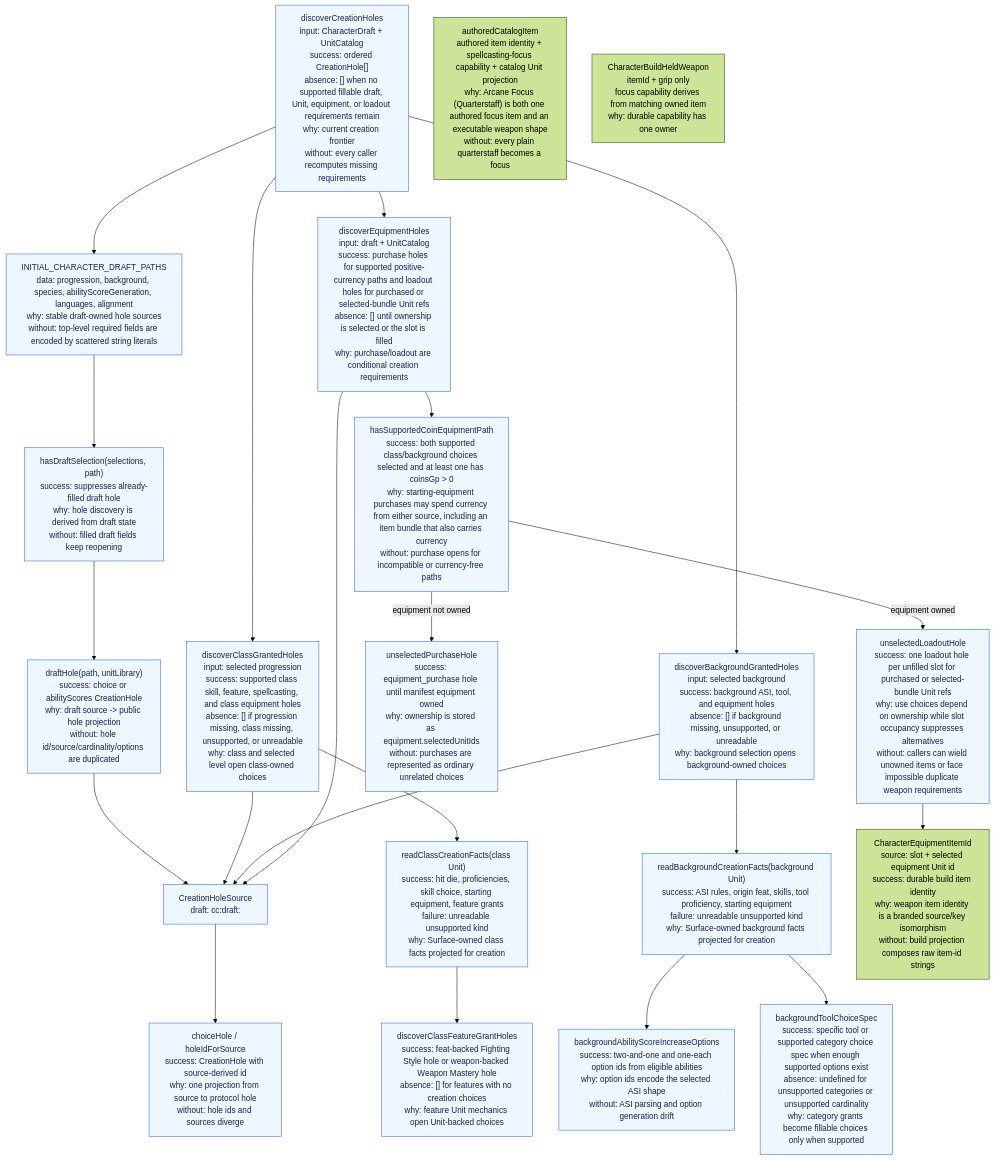
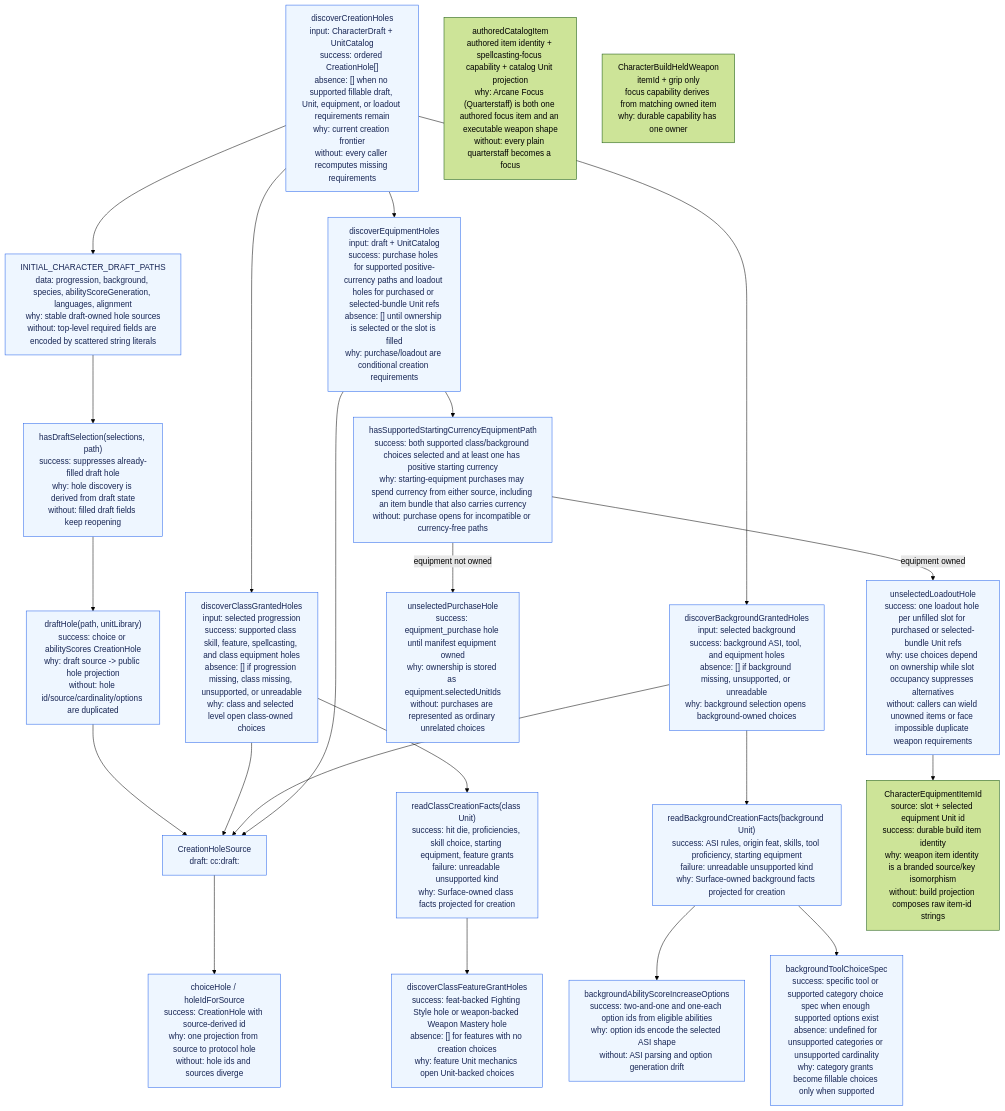
The second of 3 diagrams in packages/character-creation-runtime/ARCHITECTURE_GRAPH.md (dearlordylord/5e-quint), drawn with Mermaid (forest theme) before and after one commit. The commit also changed other lines of this file and 12 other files, not shown here.

Commit message:
fix(character-creation): bridge starting currency to rule core

````diff
--- a/packages/character-creation-runtime/ARCHITECTURE_GRAPH.md
+++ b/packages/character-creation-runtime/ARCHITECTURE_GRAPH.md
@@ -83,45 +85,45 @@
 ```mermaid
 flowchart TD
   Discover["discoverCreationHoles<br/>input: CharacterDraft + UnitCatalog<br/>success: ordered CreationHole[]<br/>absence: [] when no supported fillable draft, Unit, equipment, or loadout requirements remain<br/>why: current creation frontier<br/>without: every caller recomputes missing requirements"]
   DraftPaths["INITIAL_CHARACTER_DRAFT_PATHS<br/>data: progression, background, species, abilityScoreGeneration, languages, alignment<br/>why: stable draft-owned hole sources<br/>without: top-level required fields are encoded by scattered string literals"]
   DraftHole["draftHole(path, unitLibrary)<br/>success: choice or abilityScores CreationHole<br/>why: draft source -> public hole projection<br/>without: hole id/source/cardinality/options are duplicated"]
   HasDraftSelection["hasDraftSelection(selections, path)<br/>success: suppresses already-filled draft hole<br/>why: hole discovery is derived from draft state<br/>without: filled draft fields keep reopening"]
 
   ClassGranted["discoverClassGrantedHoles<br/>input: selected progression<br/>success: supported class skill, feature, spellcasting, and class equipment holes<br/>absence: [] if progression missing, class missing, unsupported, or unreadable<br/>why: class and selected level open class-owned choices"]
   ReadClass["readClassCreationFacts(class Unit)<br/>success: hit die, proficiencies, skill choice, starting equipment, feature grants<br/>failure: unreadable unsupported kind<br/>why: Surface-owned class facts projected for creation"]
   FeatureHole["discoverClassFeatureGrantHoles<br/>success: feat-backed Fighting Style hole or weapon-backed Weapon Mastery hole<br/>absence: [] for features with no creation choices<br/>why: feature Unit mechanics open Unit-backed choices"]
 
   BackgroundGranted["discoverBackgroundGrantedHoles<br/>input: selected background<br/>success: background ASI, tool, and equipment holes<br/>absence: [] if background missing, unsupported, or unreadable<br/>why: background selection opens background-owned choices"]
   ReadBackground["readBackgroundCreationFacts(background Unit)<br/>success: ASI rules, origin feat, skills, tool proficiency, starting equipment<br/>failure: unreadable unsupported kind<br/>why: Surface-owned background facts projected for creation"]
   BackgroundAsi["backgroundAbilityScoreIncreaseOptions<br/>success: two-and-one and one-each option ids from eligible abilities<br/>why: option ids encode the selected ASI shape<br/>without: ASI parsing and option generation drift"]
   BackgroundTool["backgroundToolChoiceSpec<br/>success: specific tool or supported category choice spec when enough supported options exist<br/>absence: undefined for unsupported categories or unsupported cardinality<br/>why: category grants become fillable choices only when supported"]
 
   Equipment["discoverEquipmentHoles<br/>input: draft + UnitCatalog<br/>success: purchase holes for supported positive-currency paths and loadout holes for purchased or selected-bundle Unit refs<br/>absence: [] until ownership is selected or the slot is filled<br/>why: purchase/loadout are conditional creation requirements"]
-  CoinPath["hasSupportedCoinEquipmentPath<br/>success: both supported class/background choices selected and at least one has coinsGp > 0<br/>why: starting-equipment purchases may spend currency from either source, including an item bundle that also carries currency<br/>without: purchase opens for incompatible or currency-free paths"]
+  StartingCurrencyPath["hasSupportedStartingCurrencyEquipmentPath<br/>success: both supported class/background choices selected and at least one has positive starting currency<br/>why: starting-equipment purchases may spend currency from either source, including an item bundle that also carries currency<br/>without: purchase opens for incompatible or currency-free paths"]
   Purchase["unselectedPurchaseHole<br/>success: equipment_purchase hole until manifest equipment owned<br/>why: ownership is stored as equipment.selectedUnitIds<br/>without: purchases are represented as ordinary unrelated choices"]
   Loadout["unselectedLoadoutHole<br/>success: one loadout hole per unfilled slot for purchased or selected-bundle Unit refs<br/>why: use choices depend on ownership while slot occupancy suppresses alternatives<br/>without: callers can wield unowned items or face impossible duplicate weapon requirements"]
 
   Source["CreationHoleSource<br/>draft: cc:draft:<path><br/>unitChoice: cc:unit-source:<UnitChoiceSourceKey><br/>loadout: cc:loadout-source:<LoadoutSourceKey><br/>why: semantic source address for stable hole ids<br/>without: hole identity is arbitrary display text"]
   ChoiceHole["choiceHole / holeIdForSource<br/>success: CreationHole with source-derived id<br/>why: one projection from source to protocol hole<br/>without: hole ids and sources diverge"]
   EquipmentItemId["CharacterEquipmentItemId<br/>source: slot + selected equipment Unit id<br/>success: durable build item identity<br/>why: weapon item identity is a branded source/key isomorphism<br/>without: build projection composes raw item-id strings"]
   AuthoredCatalogItem["authoredCatalogItem<br/>authored item identity + spellcasting-focus capability + catalog Unit projection<br/>why: Arcane Focus (Quarterstaff) is both one authored focus item and an executable weapon shape<br/>without: every plain quarterstaff becomes a focus"]
   LoadoutReference["CharacterBuildHeldWeapon<br/>itemId + grip only<br/>focus capability derives from matching owned item<br/>why: durable capability has one owner"]
 
   Discover --> DraftPaths --> HasDraftSelection --> DraftHole
   Discover --> ClassGranted --> ReadClass --> FeatureHole
   Discover --> BackgroundGranted --> ReadBackground
   ReadBackground --> BackgroundAsi
   ReadBackground --> BackgroundTool
-  Discover --> Equipment --> CoinPath
-  CoinPath -->|equipment not owned| Purchase
-  CoinPath -->|equipment owned| Loadout
+  Discover --> Equipment --> StartingCurrencyPath
+  StartingCurrencyPath -->|equipment not owned| Purchase
+  StartingCurrencyPath -->|equipment owned| Loadout
   DraftHole --> Source
   Loadout --> EquipmentItemId
   ClassGranted --> Source
   BackgroundGranted --> Source
   Equipment --> Source
   Source --> ChoiceHole
 
   classDef implemented fill:#eef6ff,stroke:#2563eb,color:#172554;
-  class Discover,DraftPaths,DraftHole,HasDraftSelection,ClassGranted,ReadClass,FeatureHole,BackgroundGranted,ReadBackground,BackgroundAsi,BackgroundTool,Equipment,CoinPath,Purchase,Loadout,Source,ChoiceHole implemented;
+  class Discover,DraftPaths,DraftHole,HasDraftSelection,ClassGranted,ReadClass,FeatureHole,BackgroundGranted,ReadBackground,BackgroundAsi,BackgroundTool,Equipment,StartingCurrencyPath,Purchase,Loadout,Source,ChoiceHole implemented;
 ```
````
